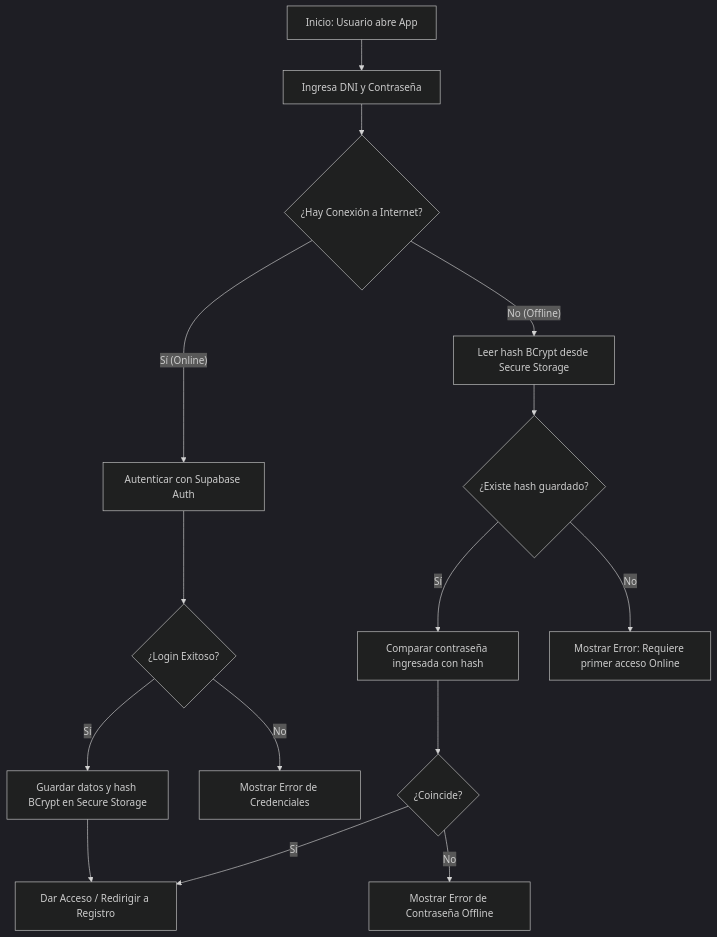
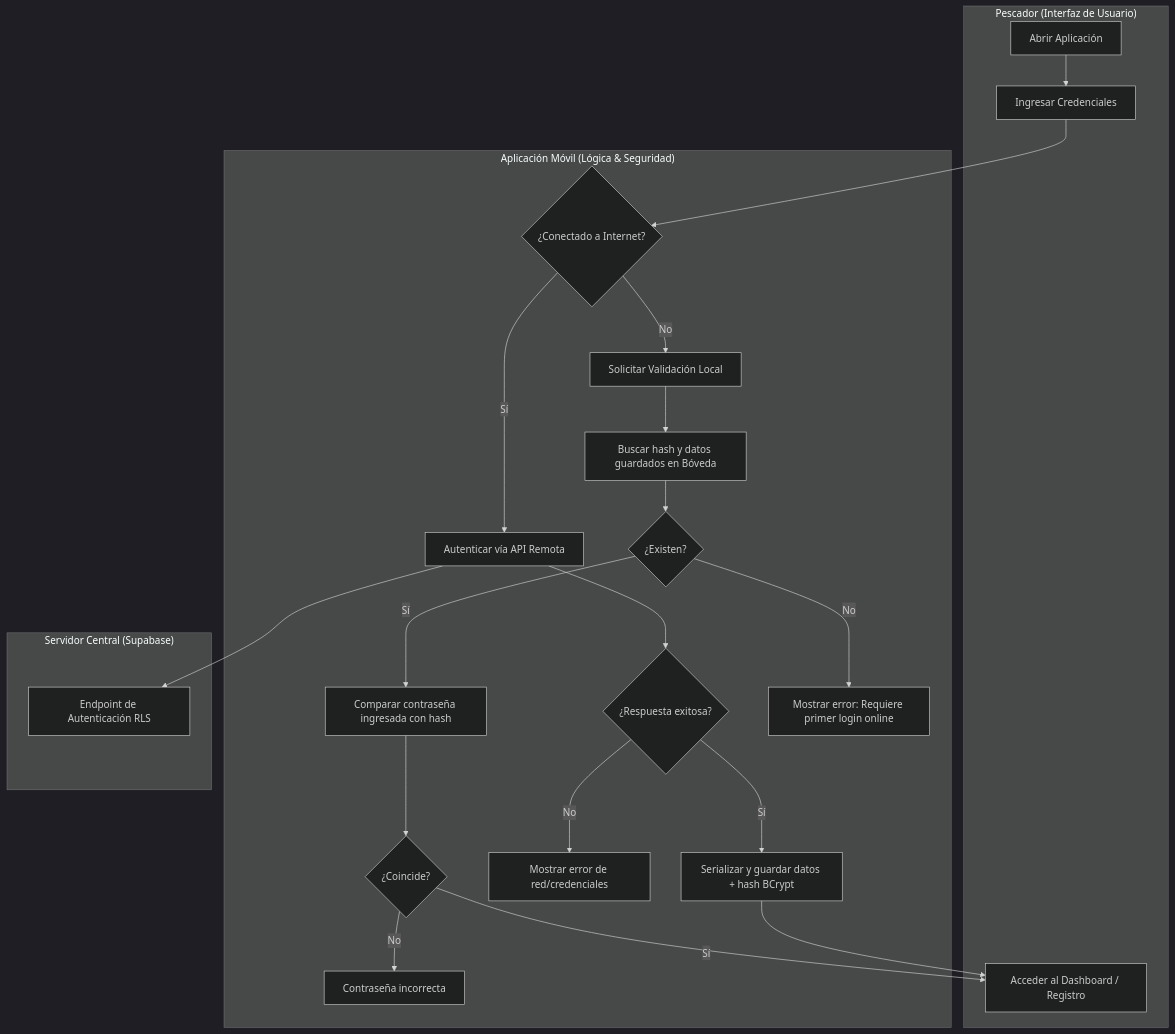
Before and after one commit to brismarinatracker-corporation/Brismar: the diagram in docs/brismar_brain/FLUJO_01_AUTENTICACION_OFFLINE.md, drawn with Mermaid (dark theme). The commit also changed other lines of this file and 1 other file, not shown here.

Commit message:
docs: reestructurar diagramas de flujo a diagramas de procesos con carriles estilo Bizagi

````diff
--- a/docs/brismar_brain/FLUJO_01_AUTENTICACION_OFFLINE.md
+++ b/docs/brismar_brain/FLUJO_01_AUTENTICACION_OFFLINE.md
@@ -14,17 +9,28 @@
 ```mermaid
-graph TD
-    A[Inicio: Usuario abre App] --> B[Ingresa DNI y Contraseña]
-    B --> C{¿Hay Conexión a Internet?}
-    C -- Sí (Online) --> D[Autenticar con Supabase Auth]
-    D --> E{¿Login Exitoso?}
-    E -- Sí --> F[Guardar datos y hash BCrypt en Secure Storage]
-    F --> G[Dar Acceso / Redirigir a Registro]
-    E -- No --> H[Mostrar Error de Credenciales]
-    C -- No (Offline) --> I[Leer hash BCrypt desde Secure Storage]
-    I --> J{¿Existe hash guardado?}
-    J -- Sí --> K[Comparar contraseña ingresada con hash]
-    K --> L{¿Coincide?}
-    L -- Sí --> G
-    L -- No --> M[Mostrar Error de Contraseña Offline]
-    J -- No --> N[Mostrar Error: Requiere primer acceso Online]
+graph TB
+    subgraph Pescador ["Pescador (Interfaz de Usuario)"]
+        A[Abrir Aplicación] --> B[Ingresar Credenciales]
+        G[Acceder al Dashboard / Registro]
+    end
+
+    subgraph AppMobile ["Aplicación Móvil (Lógica & Seguridad)"]
+        B --> C{¿Conectado a Internet?}
+        C -- Sí --> D[Autenticar vía API Remota]
+        C -- No --> H[Solicitar Validación Local]
+        D --> E{¿Respuesta exitosa?}
+        E -- Sí --> F[Serializar y guardar datos + hash BCrypt]
+        E -- No --> ErrorRemote[Mostrar error de red/credenciales]
+        H --> I[Buscar hash y datos guardados en Bóveda]
+        I --> J{¿Existen?}
+        J -- Sí --> K[Comparar contraseña ingresada con hash]
+        J -- No --> ErrorOffline[Mostrar error: Requiere primer login online]
+        K --> L{¿Coincide?}
+        L -- Sí --> G
+        L -- No --> ErrorPass[Contraseña incorrecta]
+        F --> G
+    end
+
+    subgraph Supabase ["Servidor Central (Supabase)"]
+        D --> AuthEndpoint["Endpoint de Autenticación RLS"]
+    end
 ```
````
